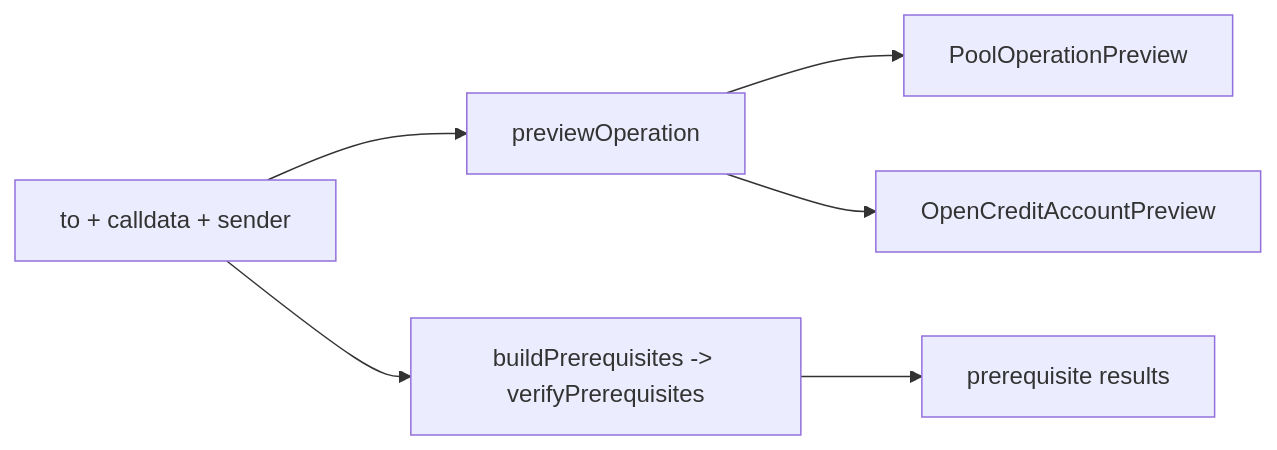
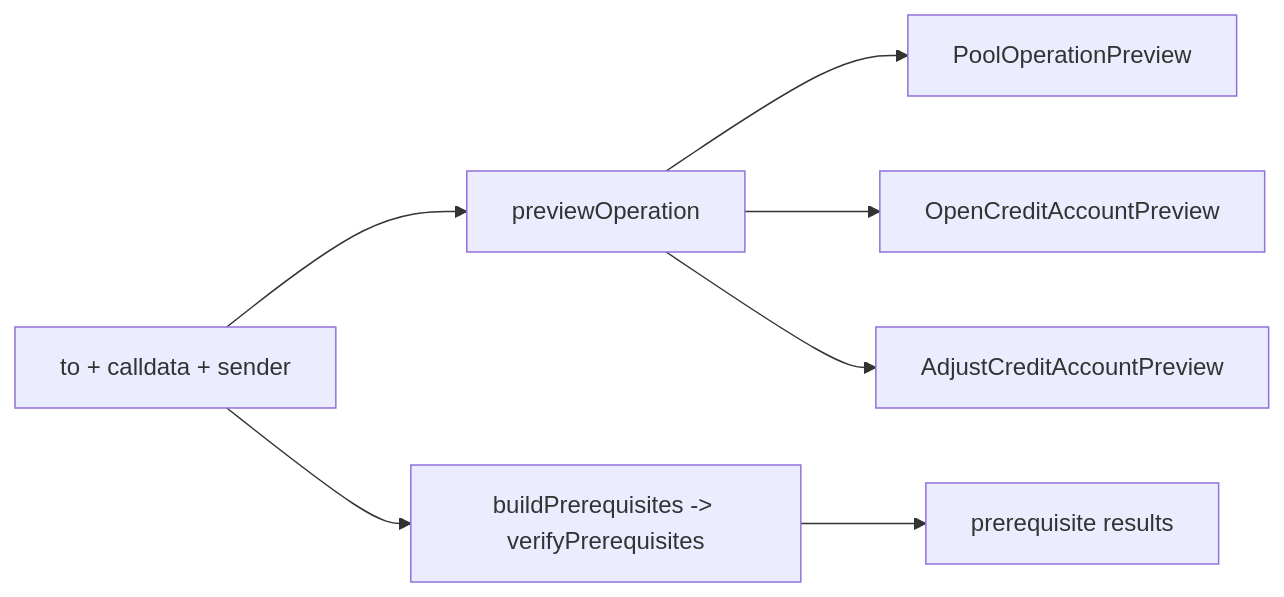
One commit to Gearbox-protocol/sdk changed the diagram in src/preview/README.md. Above: the diagram before and after it, drawn with Mermaid. The commit also changed other lines of this file and 8 other files, not shown here.

Commit message:
feat: preview adjust credit account operation

````diff
--- a/src/preview/README.md
+++ b/src/preview/README.md
@@ -86,8 +98,9 @@
 ```mermaid
 flowchart LR
   calldata["to + calldata + sender"] --> previewOp["previewOperation"]
   previewOp --> poolPreview["PoolOperationPreview"]
   previewOp --> openPreview["OpenCreditAccountPreview"]
+  previewOp --> adjustPreview["AdjustCreditAccountPreview"]
   calldata --> prereq["buildPrerequisites -> verifyPrerequisites"]
   prereq --> results["prerequisite results"]
 ```
````
